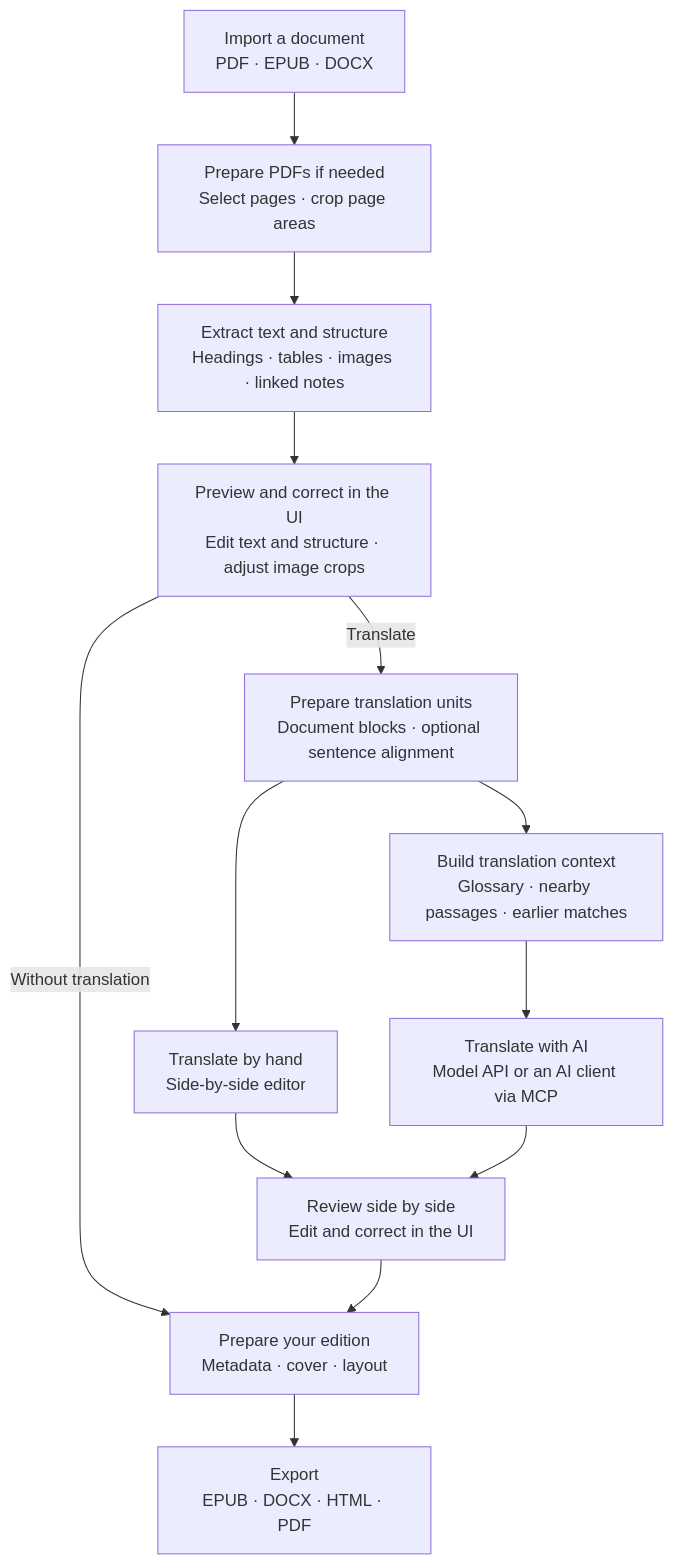
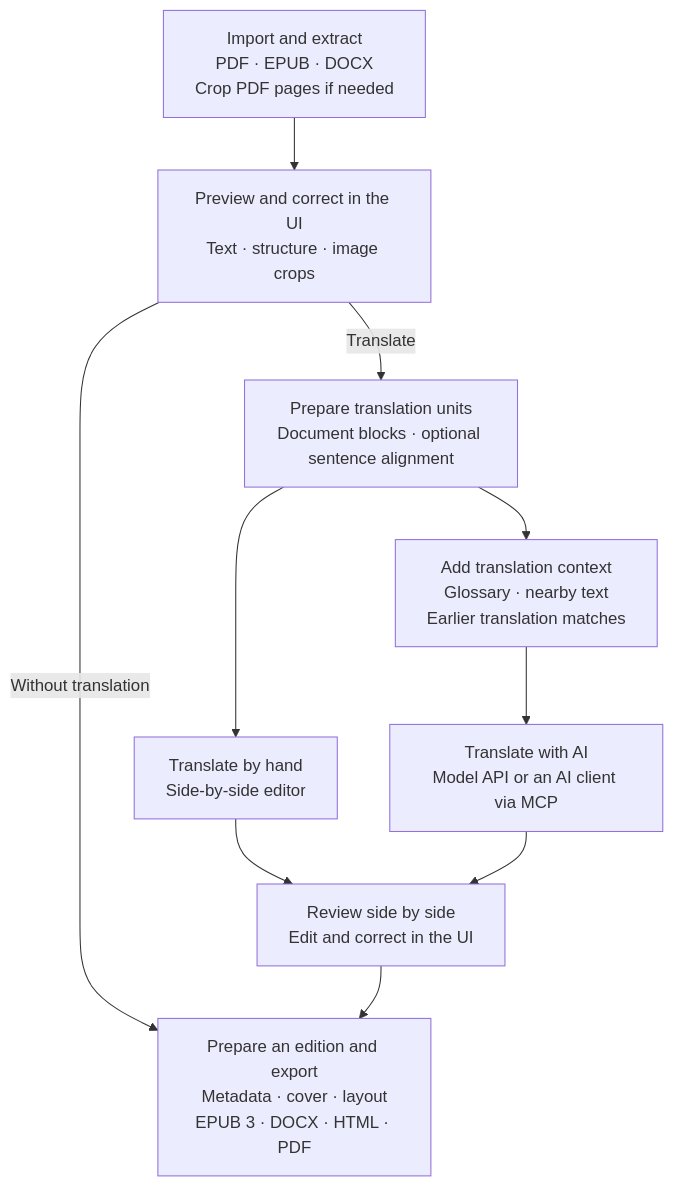
One commit to lukaszliniewicz/carlina-documents changed the diagram in README.md. Above: the diagram before and after it, drawn with Mermaid.

Commit message:
Keep the README workflow diagram compact

````diff
--- a/README.md
+++ b/README.md
@@ -60,27 +60,24 @@
 ```mermaid
 flowchart TD
-    Import["Import a document<br/>PDF · EPUB · DOCX"]
-    Prepare["Prepare PDFs if needed<br/>Select pages · crop page areas"]
-    Extract["Extract text and structure<br/>Headings · tables · images · linked notes"]
-    Check["Preview and correct in the UI<br/>Edit text and structure · adjust image crops"]
+    Source["Import and extract<br/>PDF · EPUB · DOCX<br/>Crop PDF pages if needed"]
+    Check["Preview and correct in the UI<br/>Text · structure · image crops"]
 
-    Import --> Prepare --> Extract --> Check
+    Source --> Check
 
-    Check -->|Without translation| Edition
+    Check -->|Without translation| Export
     Check -->|Translate| Segment
 
     Segment["Prepare translation units<br/>Document blocks · optional sentence alignment"]
     Manual["Translate by hand<br/>Side-by-side editor"]
-    Context["Build translation context<br/>Glossary · nearby passages · earlier matches"]
+    Context["Add translation context<br/>Glossary · nearby text<br/>Earlier translation matches"]
     AI["Translate with AI<br/>Model API or an AI client via MCP"]
     Review["Review side by side<br/>Edit and correct in the UI"]
 
     Segment --> Manual
     Segment --> Context --> AI
     Manual --> Review
     AI --> Review
 
-    Review --> Edition
-    Edition["Prepare your edition<br/>Metadata · cover · layout"]
-    Edition --> Export["Export<br/>EPUB · DOCX · HTML · PDF"]
+    Review --> Export
+    Export["Prepare an edition and export<br/>Metadata · cover · layout<br/>EPUB 3 · DOCX · HTML · PDF"]
 ```
````
